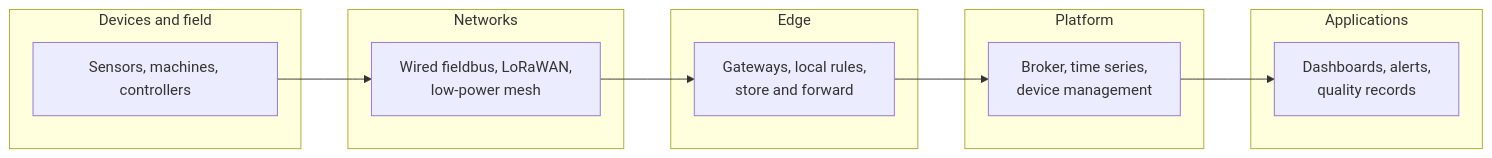
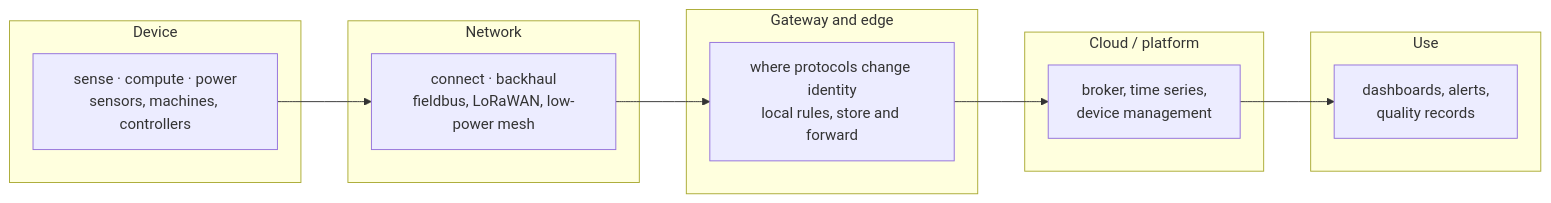
Before and after one commit to lmendiboure/IoT-Labs-UPPA: the first of 2 diagrams in README.md, drawn with Mermaid. The commit also changed other lines of this file and 3 other files, not shown here.

````diff
--- a/README.md
+++ b/README.md
@@ -17,19 +18,19 @@
 ```mermaid
 flowchart LR
-    subgraph field["Devices and field"]
-        D["Sensors, machines, controllers"]
+    subgraph dev["Device"]
+        D["sense · compute · power<br/>sensors, machines, controllers"]
     end
-    subgraph net["Networks"]
-        N["Wired fieldbus, LoRaWAN,<br/>low-power mesh"]
+    subgraph net["Network"]
+        N["connect · backhaul<br/>fieldbus, LoRaWAN, low-power mesh"]
     end
-    subgraph edge["Edge"]
-        E["Gateways, local rules,<br/>store and forward"]
+    subgraph edge["Gateway and edge"]
+        E["where protocols change identity<br/>local rules, store and forward"]
     end
-    subgraph plat["Platform"]
-        P["Broker, time series,<br/>device management"]
+    subgraph plat["Cloud / platform"]
+        P["broker, time series,<br/>device management"]
     end
-    subgraph app["Applications"]
-        A["Dashboards, alerts,<br/>quality records"]
+    subgraph use["Use"]
+        A["dashboards, alerts,<br/>quality records"]
     end
     D --> N --> E --> P --> A
 ```
````
